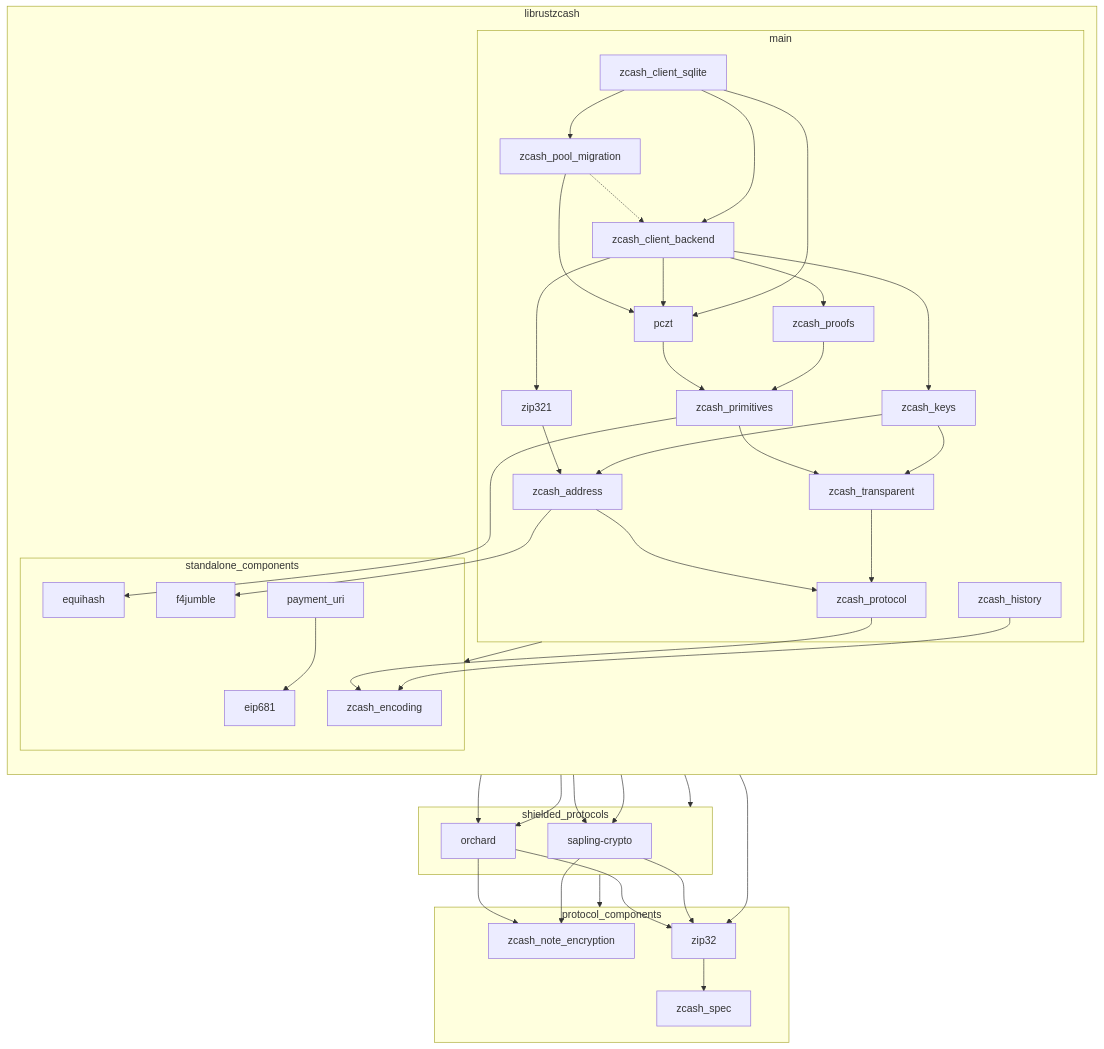
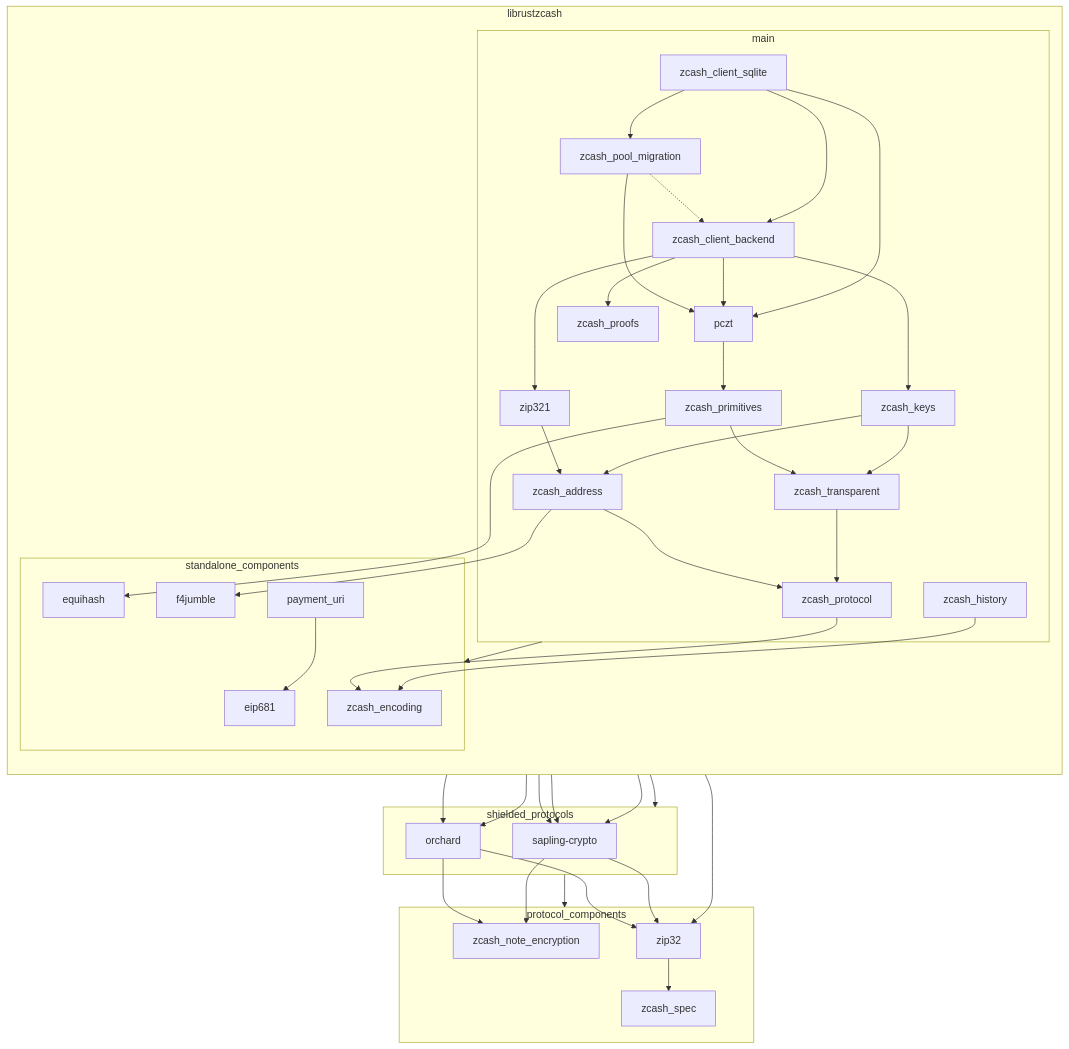
Before and after one commit to zcash/librustzcash: the diagram in README.md, drawn with Mermaid. The commit also changed 4 other files, not shown here.

Commit message:
zcash_proofs: Remove dependency on zcash_primitives

```diff
--- a/README.md
+++ b/README.md
@@ -79,7 +79,6 @@
 
     zcash_client_backend --> zcash_proofs
 
-    zcash_proofs --> zcash_primitives
     pczt --> zcash_primitives
     %% zcash_client_backend --> zcash_primitives
     %% zcash_client_sqlite --> zcash_primitives
@@ -131,7 +130,7 @@
     %% zcash_client_sqlite --> sapling-crypto
     %% zcash_client_backend --> sapling-crypto
     zcash_keys --> sapling-crypto
-    %% zcash_proofs --> sapling-crypto
+    zcash_proofs --> sapling-crypto
     zcash_primitives --> sapling-crypto
     %% pczt --> sapling-crypto
 
```
